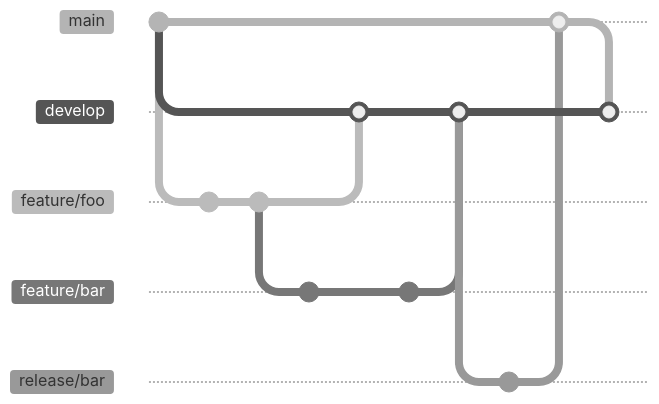
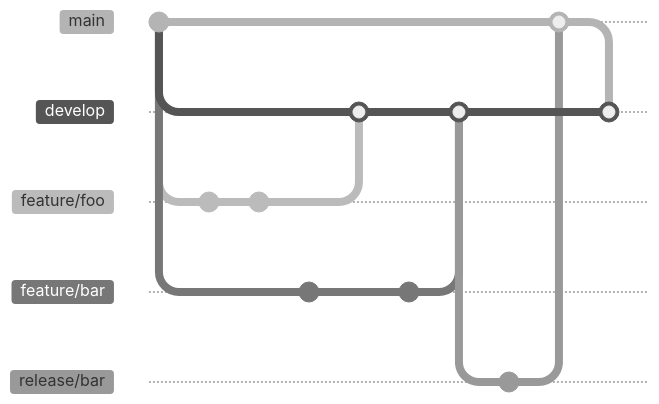
One commit to murilobeltrame/vsd-cloud-e-devops changed the diagram in docs/Git e GitHub/Branching e Merging.md. Above: the diagram before and after it, drawn with Mermaid (neutral theme). Commit ids are hidden.

Commit message:
corrigindo grafico

````diff
--- a/docs/Git e GitHub/Branching e Merging.md
+++ b/docs/Git e GitHub/Branching e Merging.md
@@ -12,26 +12,27 @@
 ```mermaid
 gitGraph
     commit
     branch develop
     checkout develop
     branch feature/foo
     checkout feature/foo
     commit
     commit
+    checkout develop
     branch feature/bar
     checkout feature/bar
     commit
     checkout develop
     merge feature/foo
     checkout feature/bar
     commit
     checkout develop
     merge feature/bar
     branch release/bar
     checkout release/bar
     commit
     checkout main
     merge release/bar
     checkout develop
     merge main
 ```
````
